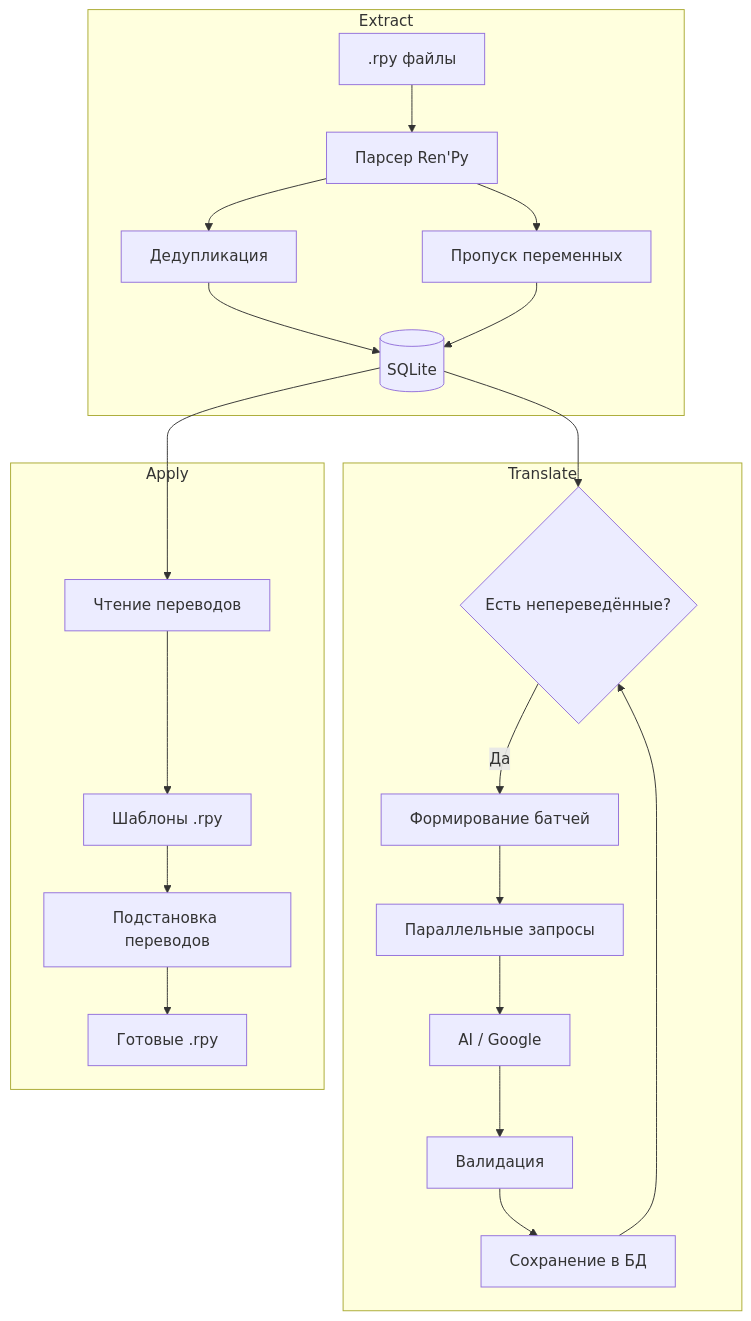
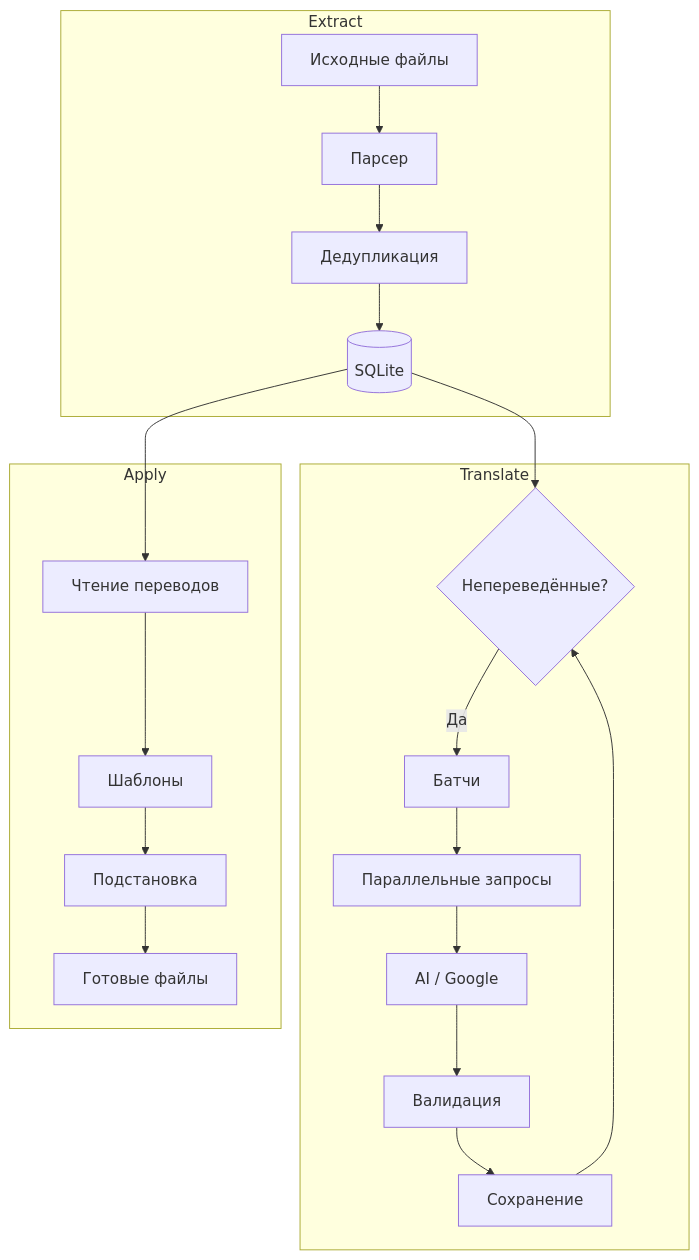
Before and after one commit to limloop/latte: the first of 2 diagrams in README.md, drawn with Mermaid. The commit also changed other lines of this file and 2 other files, not shown here.

````diff
--- a/README.md
+++ b/README.md
@@ -62,27 +160,25 @@
 ```mermaid
 flowchart TD
     subgraph Extract
-        A[.rpy файлы] --> B[Парсер Ren'Py]
+        A[Исходные файлы] --> B[Парсер]
         B --> C[Дедупликация]
-        B --> D[Пропуск переменных]
-        C --> E[(SQLite)]
-        D --> E
+        C --> D[(SQLite)]
     end
     
     subgraph Translate
-        E --> F{Есть непереведённые?}
-        F -->|Да| G[Формирование батчей]
-        G --> H[Параллельные запросы]
-        H --> I[AI / Google]
-        I --> J[Валидация]
-        J --> K[Сохранение в БД]
-        K --> F
+        D --> E{Непереведённые?}
+        E -->|Да| F[Батчи]
+        F --> G[Параллельные запросы]
+        G --> H[AI / Google]
+        H --> I[Валидация]
+        I --> J[Сохранение]
+        J --> E
     end
     
     subgraph Apply
-        E --> L[Чтение переводов]
-        L --> M[Шаблоны .rpy]
-        M --> N[Подстановка переводов]
-        N --> O[Готовые .rpy]
+        D --> K[Чтение переводов]
+        K --> L[Шаблоны]
+        L --> M[Подстановка]
+        M --> N[Готовые файлы]
     end
 ```
````
